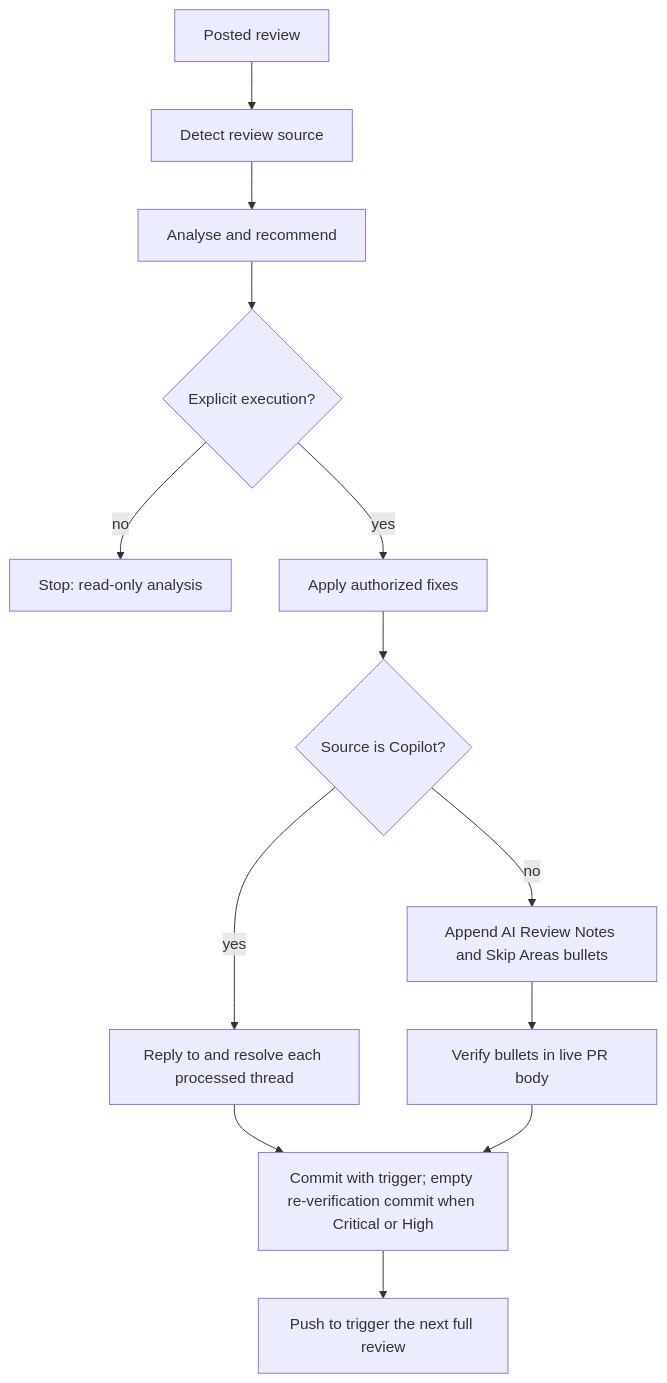
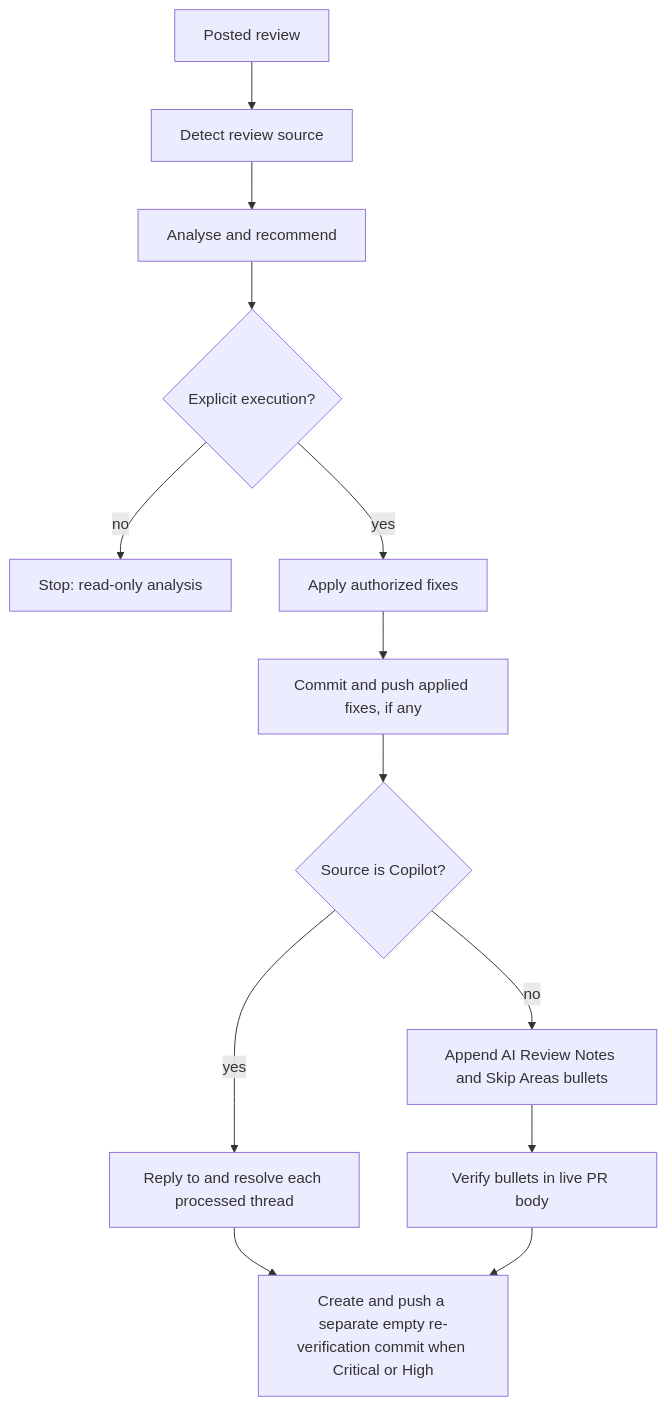
Before and after one commit to generic-automation-and-it/smooth-ai-report-review: the second of 2 diagrams in docs/hlds/004-review-follow-through/diagrams/c4-context.md, drawn with Mermaid. The commit also changed 5 other files, not shown here.

Commit message:
fix: apply AI review low/medium auto-fixes [ai-analyse]

````diff
--- a/docs/hlds/004-review-follow-through/diagrams/c4-context.md
+++ b/docs/hlds/004-review-follow-through/diagrams/c4-context.md
@@ -32,15 +32,15 @@
 ```mermaid
 flowchart TD
     A[Posted review] --> B[Detect review source]
     B --> C[Analyse and recommend]
     C --> D{Explicit execution?}
     D -->|no| E[Stop: read-only analysis]
     D -->|yes| F[Apply authorized fixes]
-    F --> G{Source is Copilot?}
+    F --> K[Commit and push applied fixes, if any]
+    K --> G{Source is Copilot?}
     G -->|yes| H[Reply to and resolve each processed thread]
     G -->|no| I[Append AI Review Notes and Skip Areas bullets]
     I --> J[Verify bullets in live PR body]
-    H --> K[Commit with trigger; empty re-verification commit when Critical or High]
-    J --> K
-    K --> L[Push to trigger the next full review]
+    H --> L[Create and push a separate empty re-verification commit when Critical or High]
+    J --> L
 ```
````
